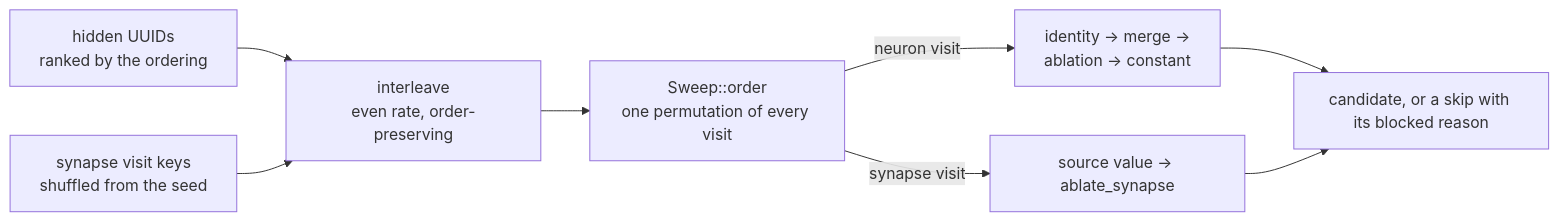
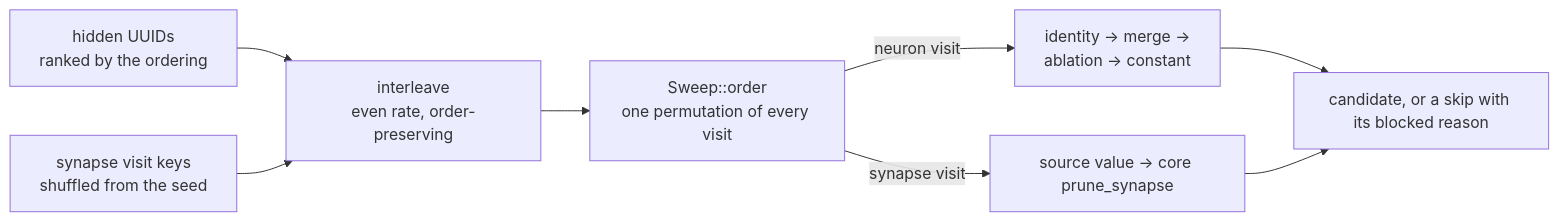
One commit to stSoftwareAU/NEAT-AI-Ockham changed the second of 23 diagrams in README.md. Above: the diagram before and after it, drawn with Mermaid. The commit also changed other lines of this file and 24 other files, not shown here.

````diff
--- a/README.md
+++ b/README.md
@@ -319,10 +319,10 @@
 ```mermaid
 flowchart LR
     H["hidden UUIDs<br/>ranked by the ordering"] --> M["interleave<br/>even rate, order-preserving"]
     S["synapse visit keys<br/>shuffled from the seed"] --> M
     M --> O["Sweep::order<br/>one permutation of every visit"]
     O -->|neuron visit| N["identity → merge →<br/>ablation → constant"]
-    O -->|synapse visit| E["source value → ablate_synapse"]
+    O -->|synapse visit| E["source value → core prune_synapse"]
     N --> C["candidate, or a skip with its blocked reason"]
     E --> C
 ```
````
